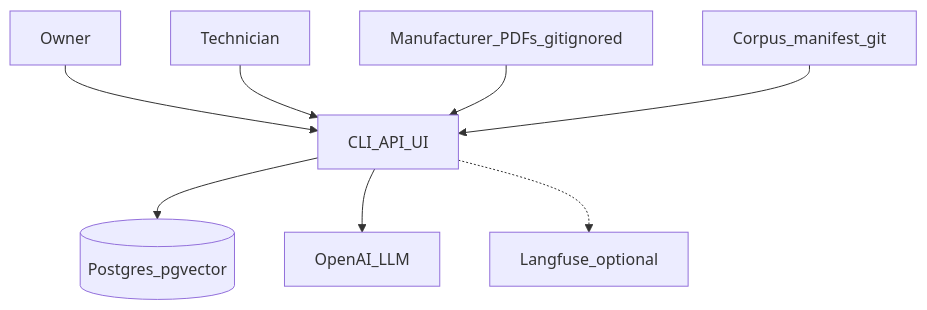
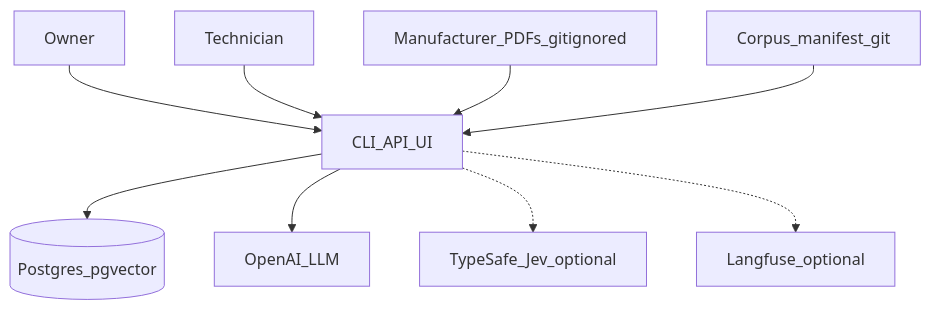
Before and after one commit to raghuram-chittibomma/ai-repair-assistant: the first of 3 diagrams in docs/architecture/01-system-context.md, drawn with Mermaid. The commit also changed other lines of this file and 21 other files, not shown here.

First line of the commit message:
Prefer TypeSafe Jev for diagnose turn classify (ADR-0054).

````diff
--- a/docs/architecture/01-system-context.md
+++ b/docs/architecture/01-system-context.md
@@ -9,19 +9,21 @@
 ```mermaid
 flowchart TB
   owner[Owner]
   tech[Technician]
   app[CLI_API_UI]
   pg[(Postgres_pgvector)]
   openai[OpenAI_LLM]
+  jev[TypeSafe_Jev_optional]
   lf[Langfuse_optional]
   pdfs[Manufacturer_PDFs_gitignored]
   manifest[Corpus_manifest_git]
 
   owner --> app
   tech --> app
   app --> pg
   app --> openai
+  app -.-> jev
   app -.-> lf
   pdfs --> app
   manifest --> app
 ```
````
